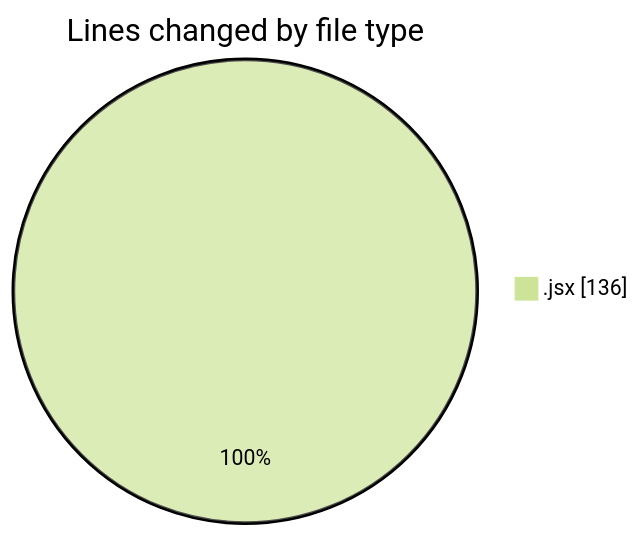
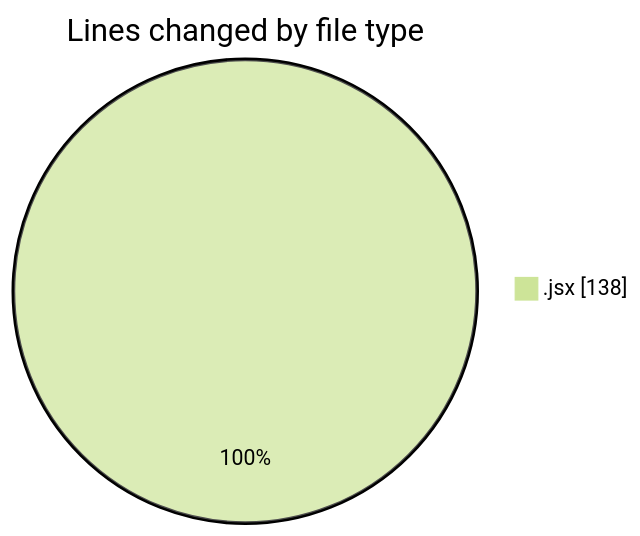
The first of 2 diagrams in 2025-06-20/3d-gsap-scroll-template-main/README.md (JenPaints/code-tracking), drawn with Mermaid (forest theme) before and after one commit. The commit also changed other lines of this file and 1 other file, not shown here.

````diff
--- a/2025-06-20/3d-gsap-scroll-template-main/README.md
+++ b/2025-06-20/3d-gsap-scroll-template-main/README.md
@@ -22,5 +22,5 @@
 ```mermaid
 pie showData
 title Lines changed by file type
-".jsx" : 136
+".jsx" : 138
 ```
````
